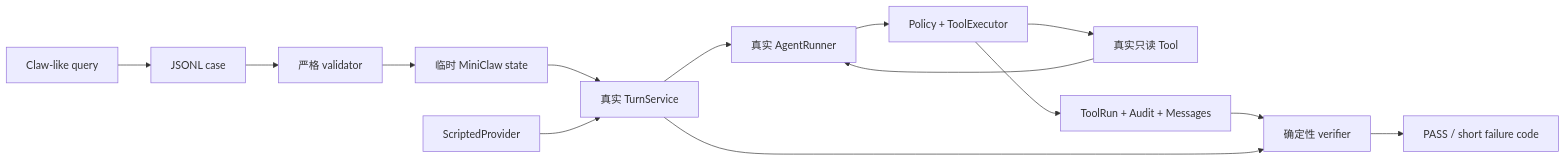
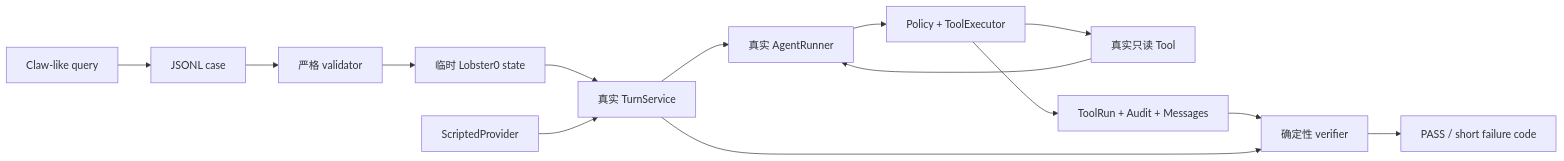
Before and after one commit to NEDONION/lobster0: the first of 2 diagrams in docs/engineering/phase-2/20260808_agent-regression-evals.md, drawn with Mermaid. The commit also changed other lines of this file and 221 other files, not shown here.

````diff
--- a/docs/engineering/phase-2/20260808_agent-regression-evals.md
+++ b/docs/engineering/phase-2/20260808_agent-regression-evals.md
@@ -18,16 +18,16 @@
 ```mermaid
 flowchart LR
     QUERY["Claw-like query"] --> CASE["JSONL case"]
     CASE --> VALIDATOR["严格 validator"]
-    VALIDATOR --> TEMP["临时 MiniClaw state"]
+    VALIDATOR --> TEMP["临时 Lobster0 state"]
     TEMP --> TURN["真实 TurnService"]
     SCRIPT["ScriptedProvider"] --> TURN
     TURN --> RUNNER["真实 AgentRunner"]
     RUNNER --> EXEC["Policy + ToolExecutor"]
     EXEC --> TOOL["真实只读 Tool"]
     EXEC --> DB["ToolRun + Audit + Messages"]
     TOOL --> RUNNER
     DB --> VERIFY["确定性 verifier"]
     TURN --> VERIFY
     VERIFY --> RESULT["PASS / short failure code"]
 ```
````
